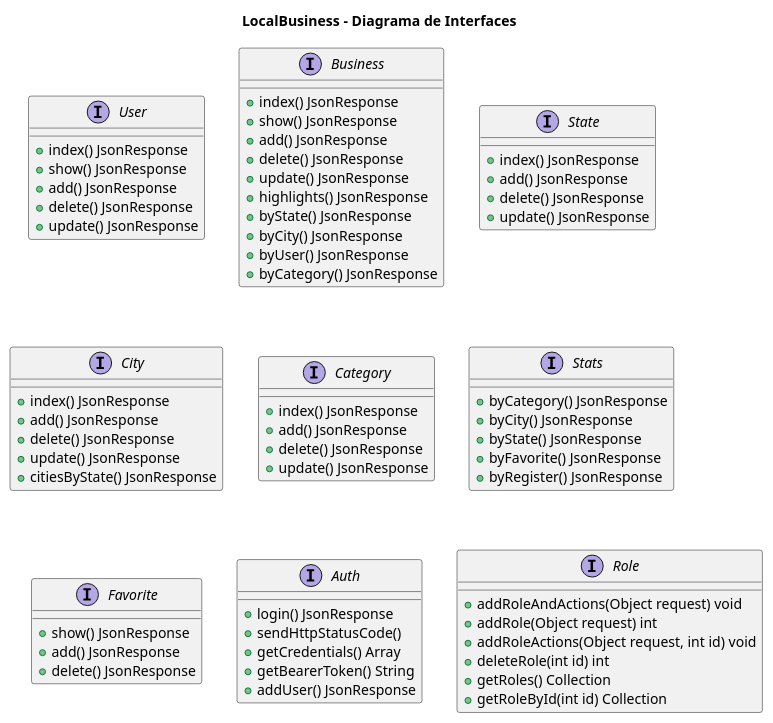
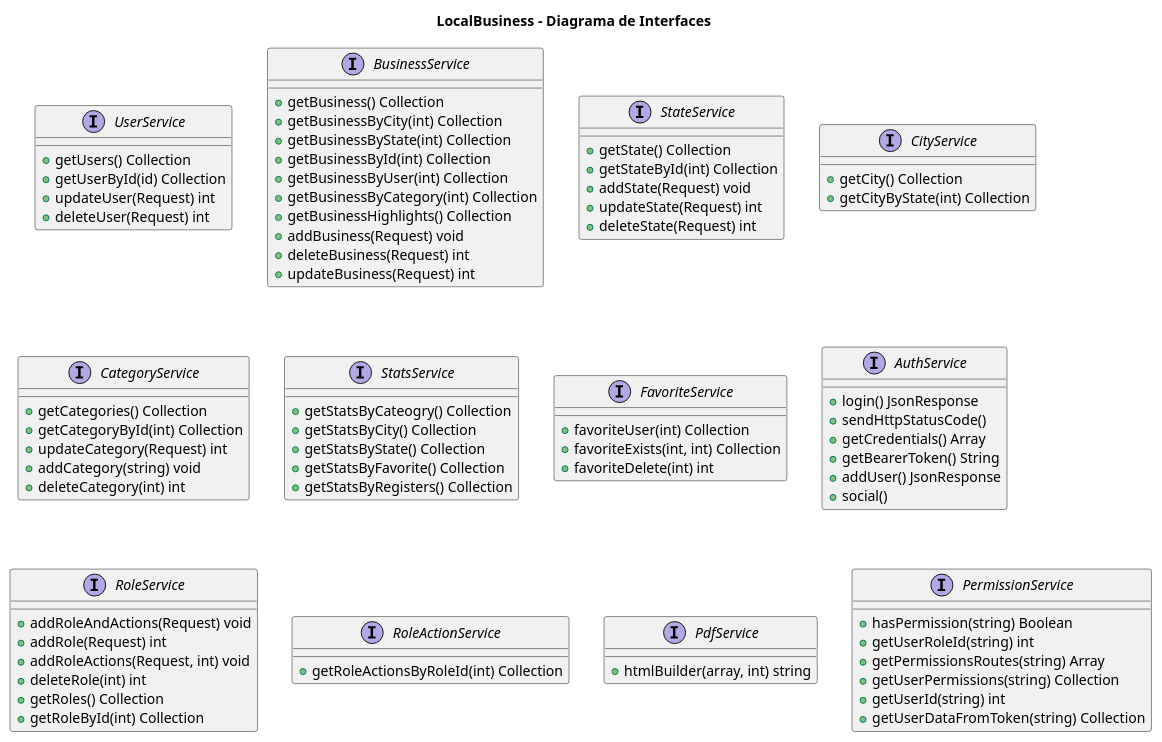
The diagram in documentation/diagrams/classes/localbusiness_interfaces.puml (puc-projeto-integrado/smart-business), drawn with PlantUML before and after one commit. The commit also changed 5 other files, not shown here.

```diff
--- a/documentation/diagrams/classes/localbusiness_interfaces.puml
+++ b/documentation/diagrams/classes/localbusiness_interfaces.puml
@@ -1,79 +1,94 @@
 @startuml
 title "LocalBusiness - Diagrama de Interfaces"
 
-interface User{
-    +  index() JsonResponse
-    +  show() JsonResponse
-    +  add() JsonResponse
-    +  delete() JsonResponse
-    +  update() JsonResponse
+interface UserService{
+    + getUsers() Collection
+    + getUserById(id) Collection
+    + updateUser(Request) int
+    + deleteUser(Request) int
 }
 
-interface Business{
-    +  index() JsonResponse
-    +  show() JsonResponse
-    +  add() JsonResponse
-    +  delete() JsonResponse
-    +  update() JsonResponse
-    +  highlights() JsonResponse
-    +  byState() JsonResponse
-    +  byCity() JsonResponse
-    +  byUser() JsonResponse
-    +  byCategory() JsonResponse
+interface BusinessService{
+    + getBusiness() Collection
+    + getBusinessByCity(int) Collection
+    + getBusinessByState(int) Collection
+    + getBusinessById(int) Collection
+    + getBusinessByUser(int) Collection
+    + getBusinessByCategory(int) Collection
+    + getBusinessHighlights() Collection
+    + addBusiness(Request) void
+    + deleteBusiness(Request) int
+    + updateBusiness(Request) int
 }
 
-interface State{
-    + index() JsonResponse
-    + add() JsonResponse
-    + delete() JsonResponse
-    + update() JsonResponse
+interface StateService{
+    + getState() Collection
+    + getStateById(int) Collection
+    + addState(Request) void
+    + updateState(Request) int
+    + deleteState(Request) int
 }
 
-interface City{
-    + index() JsonResponse
-    + add() JsonResponse
-    + delete() JsonResponse
-    + update() JsonResponse
-    + citiesByState() JsonResponse
+interface CityService{
+    + getCity() Collection
+    + getCityByState(int) Collection
 }
 
-interface Category{
-    + index() JsonResponse
-    + add() JsonResponse
-    + delete() JsonResponse
-    + update() JsonResponse
+interface CategoryService{
+    + getCategories() Collection
+    + getCategoryById(int) Collection
+    + updateCategory(Request) int
+    + addCategory(string) void
+    + deleteCategory(int) int
 }
 
-interface Stats{
-    + byCategory() JsonResponse
-    + byCity() JsonResponse
-    + byState() JsonResponse
-    + byFavorite() JsonResponse
-    + byRegister() JsonResponse
+interface StatsService{
+    + getStatsByCateogry() Collection
+    + getStatsByCity() Collection
+    + getStatsByState() Collection
+    + getStatsByFavorite() Collection
+    + getStatsByRegisters() Collection
 }
 
-interface Favorite {
-    + show() JsonResponse
-    + add() JsonResponse
-    + delete() JsonResponse
+interface FavoriteService {
+    + favoriteUser(int) Collection
+    + favoriteExists(int, int) Collection
+    + favoriteDelete(int) int
 }
 
-interface Auth{
+interface AuthService{
     + login() JsonResponse
     + sendHttpStatusCode()
     + getCredentials() Array
     + getBearerToken() String
     + addUser() JsonResponse
+    + social()
 }
 
-interface Role{
-    + addRoleAndActions(Object request) void
-    + addRole(Object request) int
-    + addRoleActions(Object request, int id) void
-    + deleteRole(int id) int
+interface RoleService{
+    + addRoleAndActions(Request) void
+    + addRole(Request) int
+    + addRoleActions(Request, int) void
+    + deleteRole(int) int
     + getRoles() Collection
-    + getRoleById(int id) Collection
+    + getRoleById(int) Collection
 }
 
+interface RoleActionService{
+    + getRoleActionsByRoleId(int) Collection
+}
+
+interface PdfService{
+    + htmlBuilder(array, int) string
+}
+
+interface PermissionService{
+    + hasPermission(string) Boolean
+    + getUserRoleId(string) int
+    + getPermissionsRoutes(string) Array
+    + getUserPermissions(string) Collection
+    + getUserId(string) int
+    + getUserDataFromToken(string) Collection
+}
 
 @enduml
```
